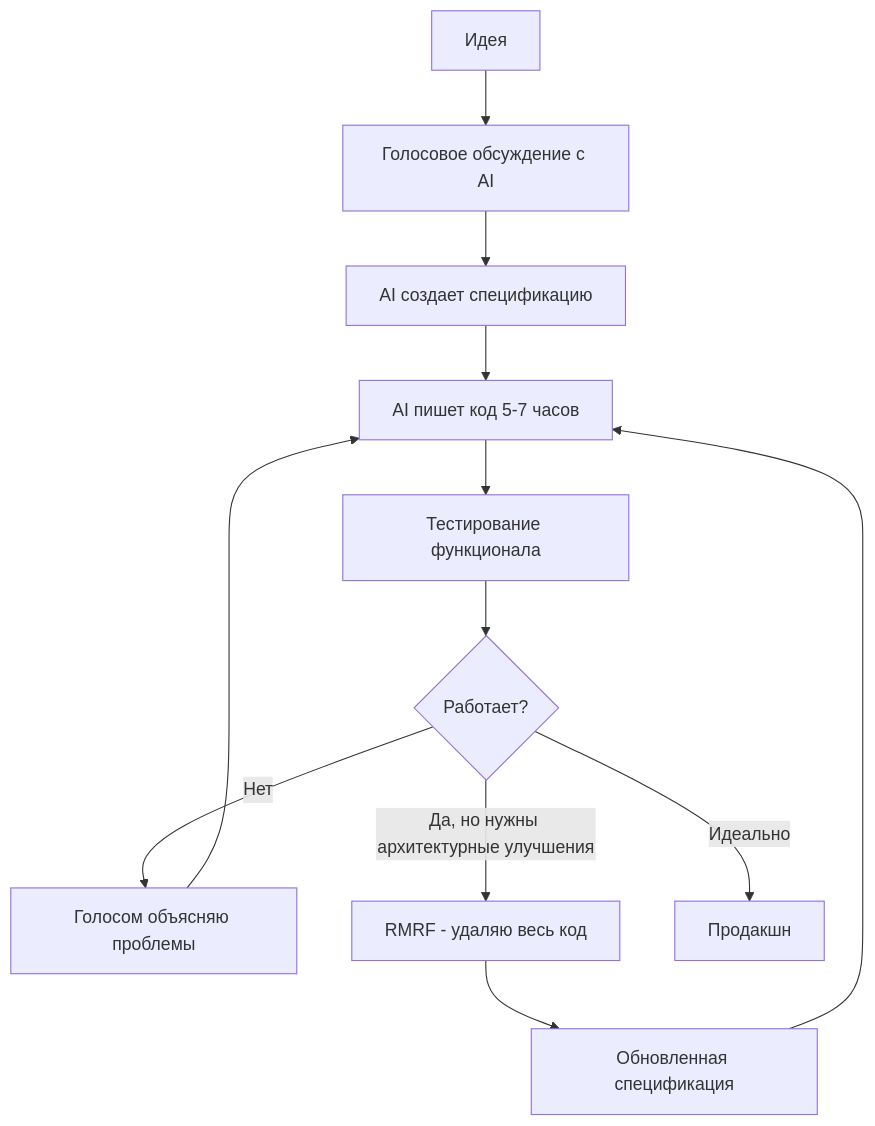
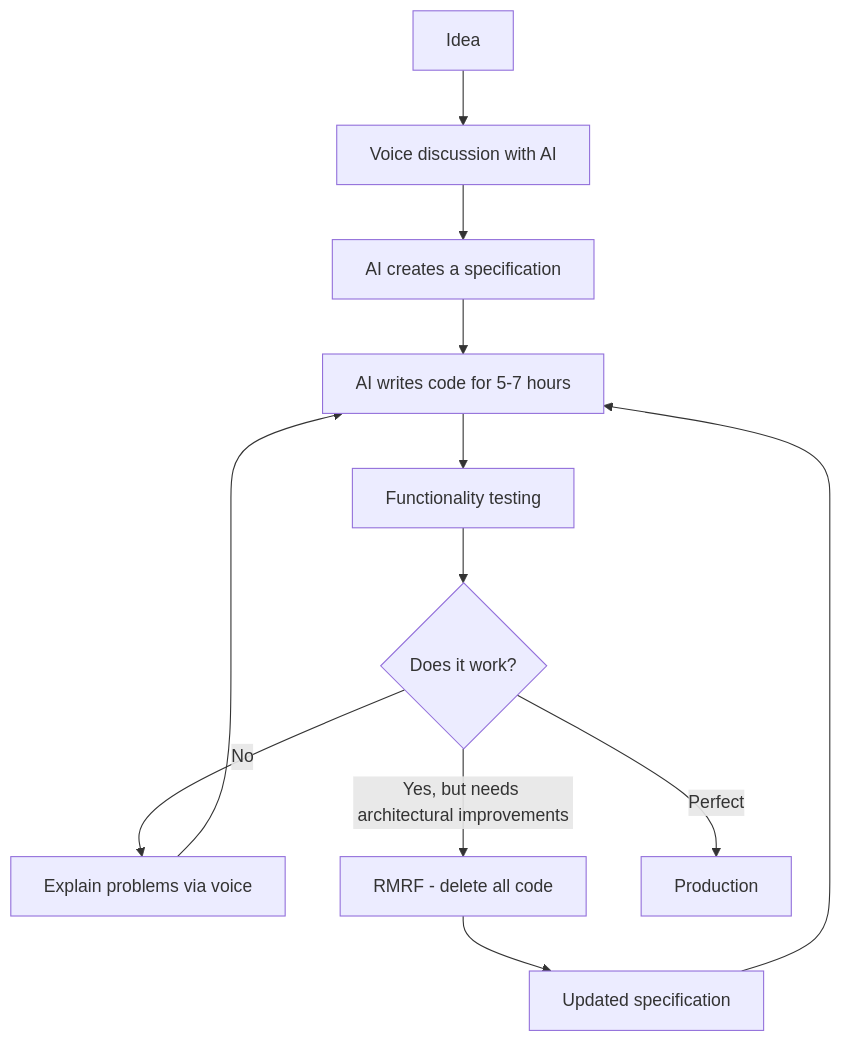
The diagram in materials/workshop1.md (ad3002/masters-course-2025-vibe-coding), drawn with Mermaid before and after one commit. The commit also changed other lines of this file, not shown here.

````diff
--- a/materials/workshop1.md
+++ b/materials/workshop1.md
@@ -304,15 +304,15 @@
 ```mermaid
 graph TD
-    A[Идея] --> B[Голосовое обсуждение с AI]
-    B --> C[AI создает спецификацию]
-    C --> D[AI пишет код 5-7 часов]
-    D --> E[Тестирование функционала]
-    E --> F{Работает?}
-    F -->|Нет| G[Голосом объясняю проблемы]
+    A[Idea] --> B[Voice discussion with AI]
+    B --> C[AI creates a specification]
+    C --> D[AI writes code for 5-7 hours]
+    D --> E[Functionality testing]
+    E --> F{Does it work?}
+    F -->|No| G[Explain problems via voice]
     G --> D
-    F -->|Да, но нужны архитектурные улучшения| H[RMRF - удаляю весь код]
-    H --> I[Обновленная спецификация]
+    F -->|Yes, but needs architectural improvements| H[RMRF - delete all code]
+    H --> I[Updated specification]
     I --> D
-    F -->|Идеально| J[Продакшн]
+    F -->|Perfect| J[Production]
 
 ```
````
